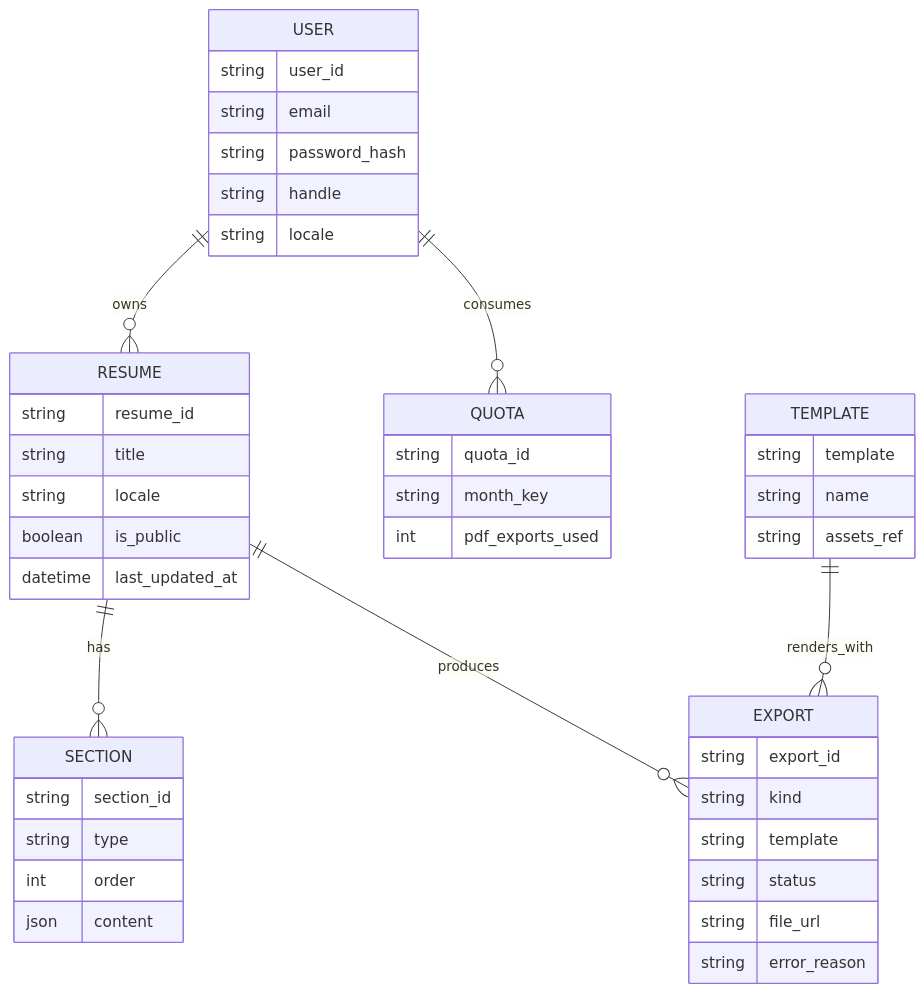
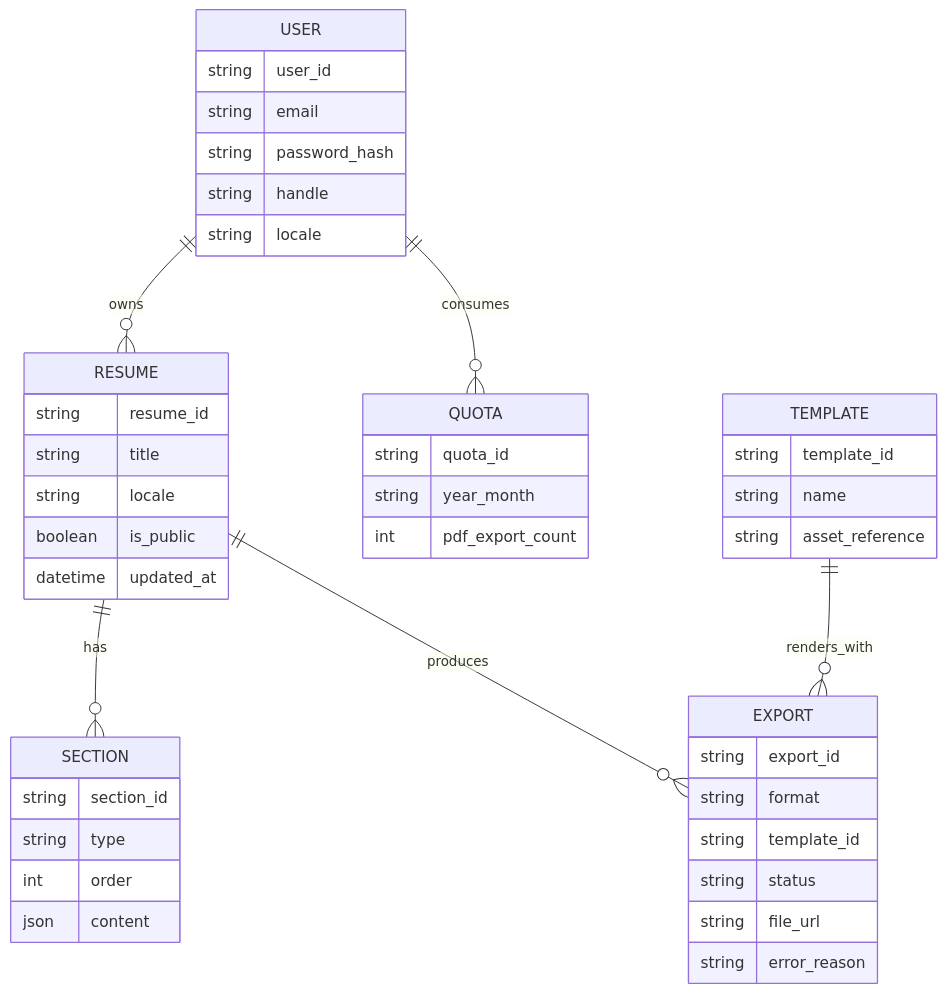
One commit to y2gcoder/resu-me changed the diagram in docs/concept_model.md. Above: the diagram before and after it, drawn with Mermaid. The commit also changed other lines of this file and 2 other files, not shown here.

````diff
--- a/docs/concept_model.md
+++ b/docs/concept_model.md
@@ -128,52 +128,52 @@
 ```mermaid
 erDiagram
   USER ||--o{ RESUME : owns
   RESUME ||--o{ SECTION : has
   RESUME ||--o{ EXPORT : produces
   USER ||--o{ QUOTA : consumes
   TEMPLATE ||--o{ EXPORT : renders_with
 
   USER {
     string user_id
     string email
     string password_hash
     string handle
     string locale
   }
 
   RESUME {
     string resume_id
     string title
     string locale
     boolean is_public
-    datetime last_updated_at
+    datetime updated_at
   }
 
   SECTION {
     string section_id
     string type
     int order
     json content
   }
 
   EXPORT {
     string export_id
-    string kind
-    string template
+    string format
+    string template_id
     string status
     string file_url
     string error_reason
   }
 
   QUOTA {
     string quota_id
-    string month_key
-    int pdf_exports_used
+    string year_month
+    int pdf_export_count
   }
 
   TEMPLATE {
-    string template
+    string template_id
     string name
-    string assets_ref
+    string asset_reference
   }
 ```
````
